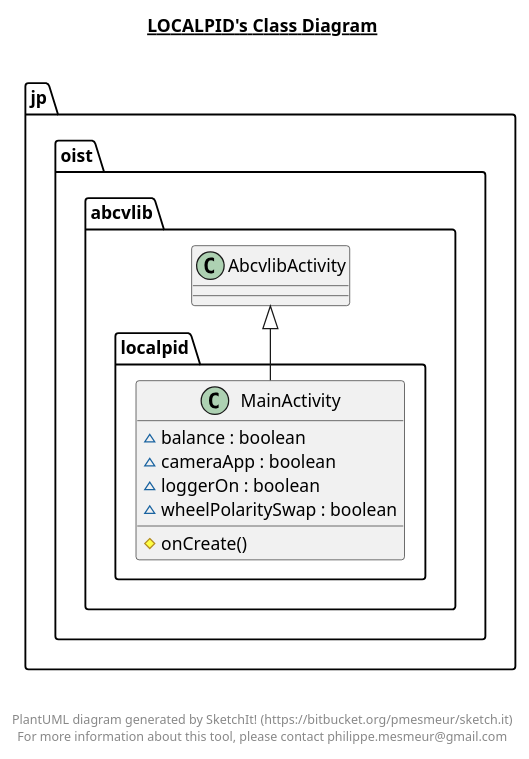
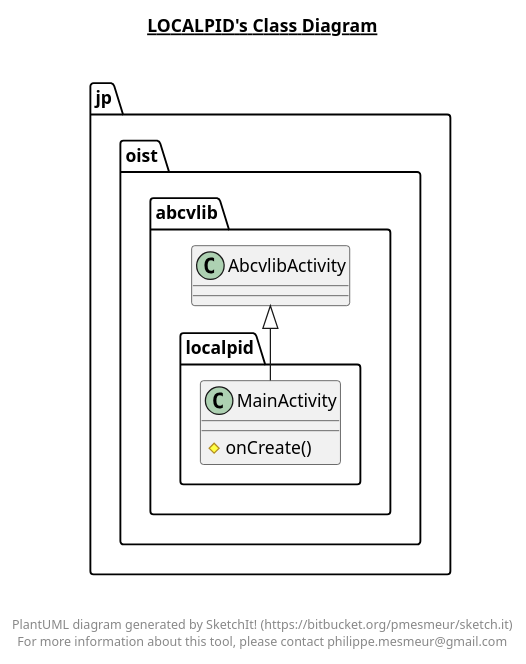
One commit to oist/smartphone-robot-android changed the diagram in pidBalancer/src/main/java/jp/oist/abcvlib/localpid/localpid.plantuml. Above: the diagram before and after it, drawn with PlantUML. The commit also changed 87 other files, not shown here.

```diff
--- a/pidBalancer/src/main/java/jp/oist/abcvlib/localpid/localpid.plantuml
+++ b/pidBalancer/src/main/java/jp/oist/abcvlib/localpid/localpid.plantuml
@@ -1,28 +1,24 @@
 @startuml
 
 title __LOCALPID's Class Diagram__\n
 
   namespace jp.oist.abcvlib {
     namespace localpid {
       class jp.oist.abcvlib.localpid.MainActivity {
-          ~ balance : boolean
-          ~ cameraApp : boolean
-          ~ loggerOn : boolean
-          ~ wheelPolaritySwap : boolean
           # onCreate()
       }
     }
   }
   
 
   jp.oist.abcvlib.localpid.MainActivity -up-|> jp.oist.abcvlib.AbcvlibActivity
 
 
 right footer
 
 
 PlantUML diagram generated by SketchIt! (https://bitbucket.org/pmesmeur/sketch.it)
 For more information about this tool, please contact philippe.mesmeur@gmail.com
 endfooter
 
 @enduml
```
